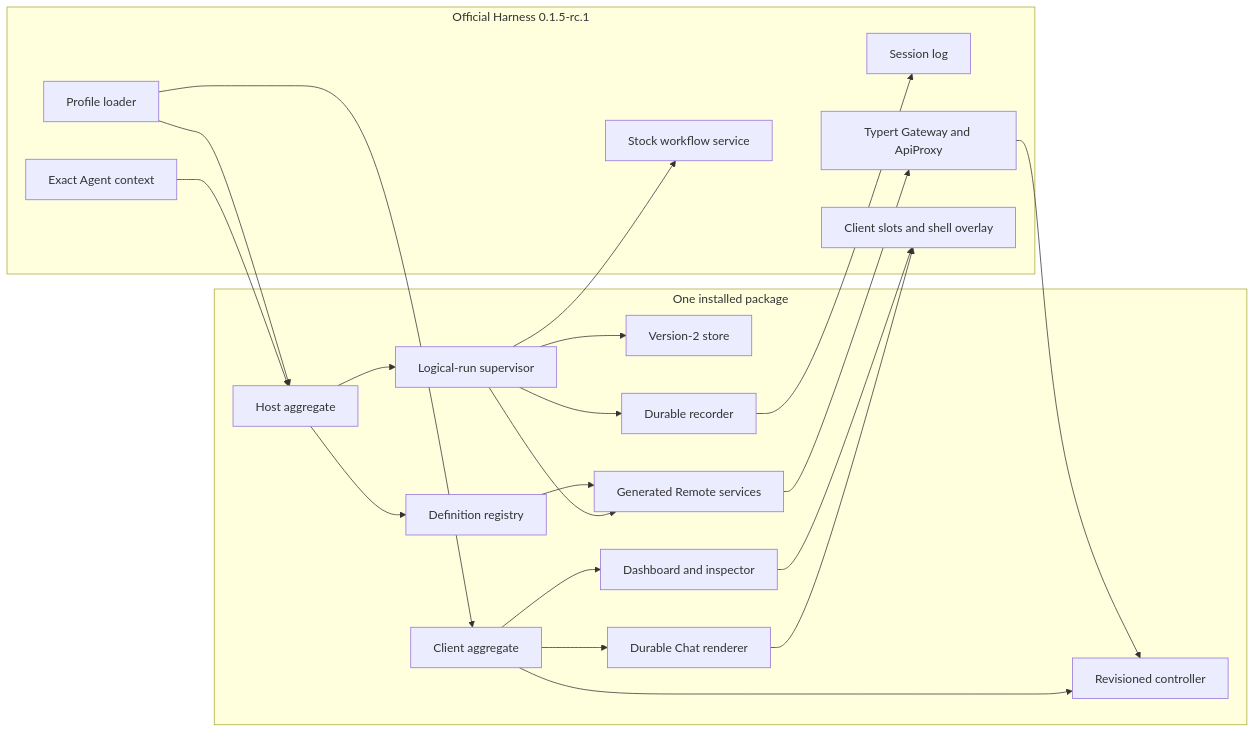
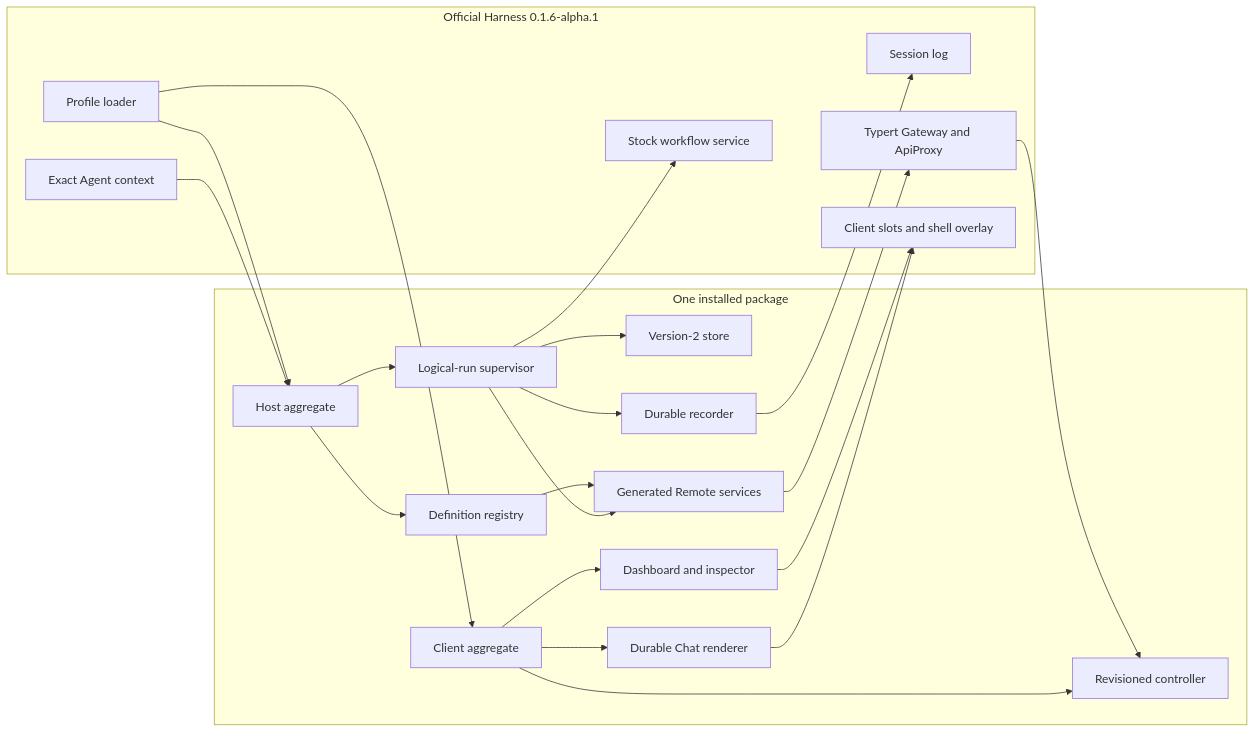
Before and after one commit to zaalipro/dsh-workflows: the first of 2 diagrams in docs/architecture.md, drawn with Mermaid. The commit also changed other lines of this file and 52 other files, not shown here.

````diff
--- a/docs/architecture.md
+++ b/docs/architecture.md
@@ -24,35 +24,35 @@
 ```mermaid
 flowchart LR
-  subgraph H[Official Harness 0.1.5-rc.1]
+  subgraph H[Official Harness 0.1.6-alpha.1]
     Loader[Profile loader]
     Engine[Stock workflow service]
     Agent[Exact Agent context]
     Session[Session log]
     Gateway[Typert Gateway and ApiProxy]
     Slots[Client slots and shell overlay]
   end
   subgraph Package[One installed package]
     Host[Host aggregate]
     Registry[Definition registry]
     Supervisor[Logical-run supervisor]
     Store[Version-2 store]
     Recorder[Durable recorder]
     Remote[Generated Remote services]
     Client[Client aggregate]
     Controller[Revisioned controller]
     Dashboard[Dashboard and inspector]
     Chat[Durable Chat renderer]
   end
   Loader --> Host
   Host --> Registry
   Host --> Supervisor
   Supervisor --> Engine
   Supervisor --> Store
   Agent --> Host
   Supervisor --> Recorder --> Session
   Registry --> Remote
   Supervisor --> Remote --> Gateway --> Controller
   Loader --> Client --> Controller
   Client --> Dashboard --> Slots
   Client --> Chat --> Slots
 ```
````
